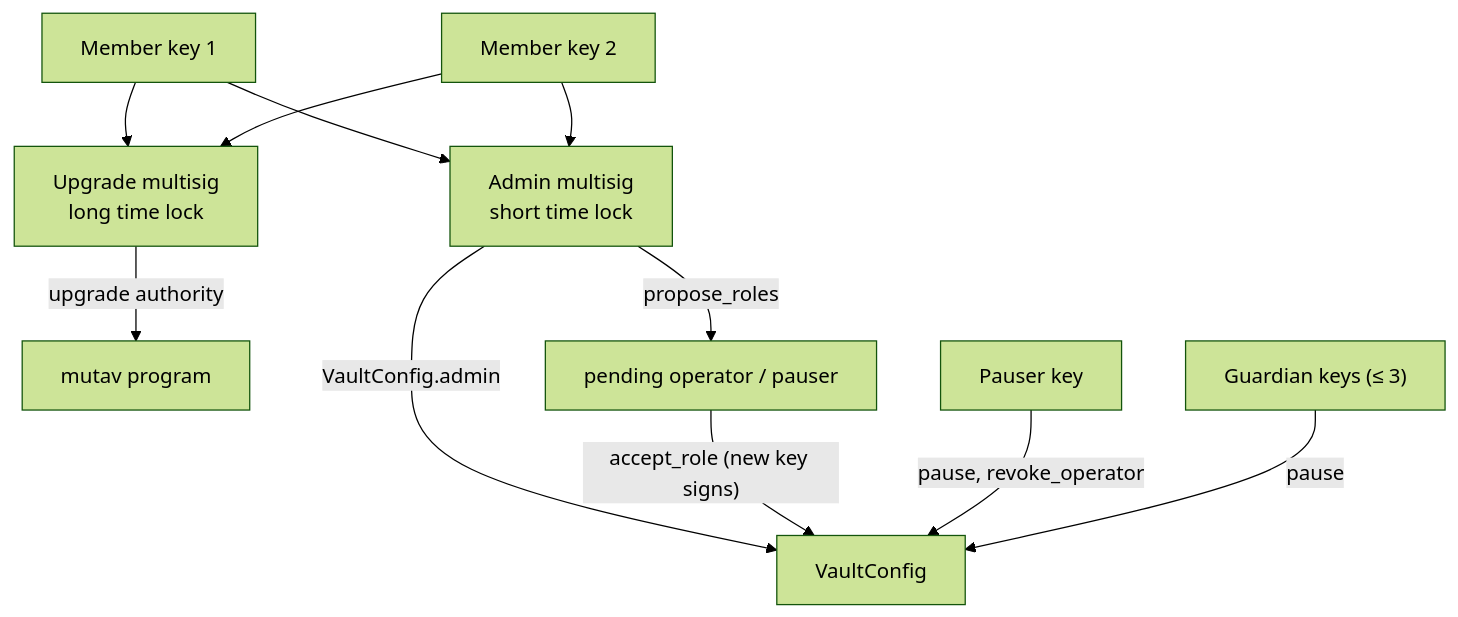
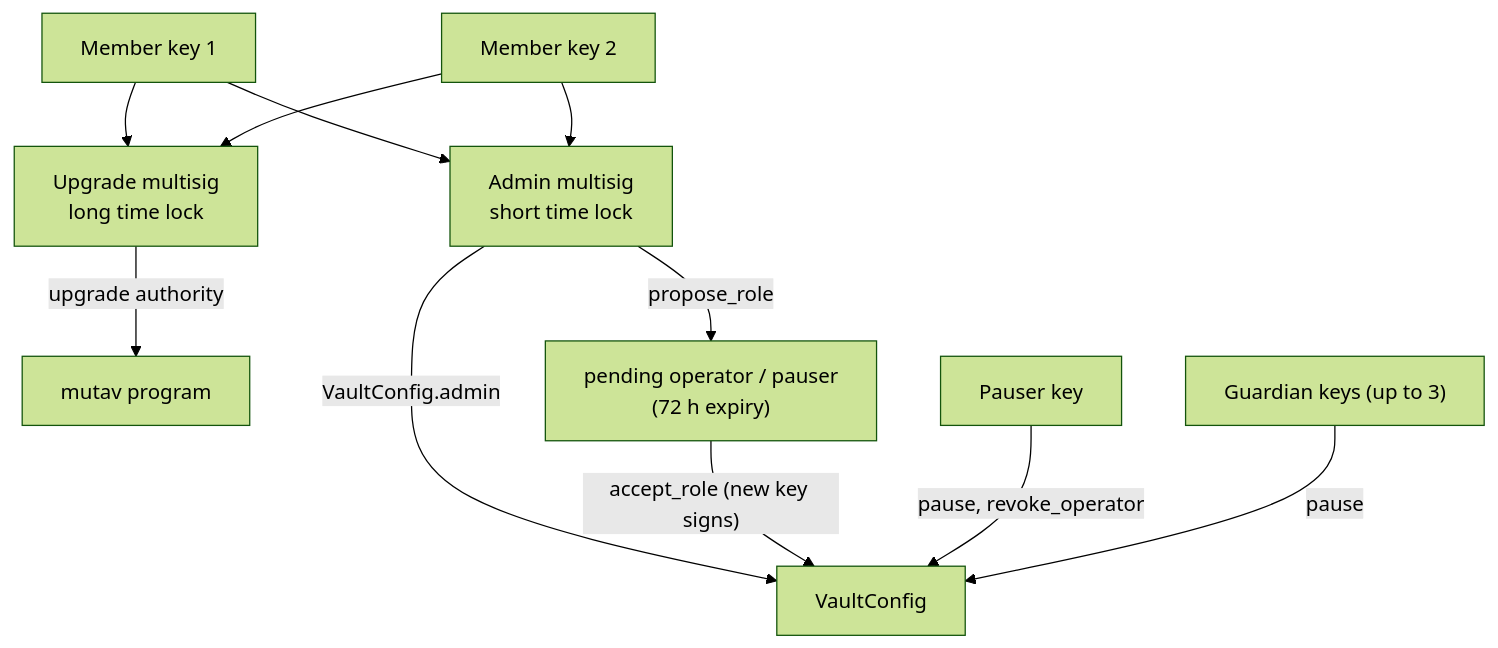
One commit to mutav-finance/mutav-protocol-solana changed the diagram in docs/security/governance-and-keys.md. Above: the diagram before and after it, drawn with Mermaid (forest theme). The commit also changed other lines of this file and 41 other files, not shown here.

````diff
--- a/docs/security/governance-and-keys.md
+++ b/docs/security/governance-and-keys.md
@@ -46,11 +46,11 @@
 ```mermaid
 flowchart TB
     M1["Member key 1"] & M2["Member key 2"] --> AM["Admin multisig<br/>short time lock"]
     M1 & M2 --> UM["Upgrade multisig<br/>long time lock"]
     AM -->|"VaultConfig.admin"| CFG["VaultConfig"]
     UM -->|"upgrade authority"| PRG["mutav program"]
-    AM -->|"propose_roles"| PEND["pending operator / pauser"]
+    AM -->|"propose_role"| PEND["pending operator / pauser<br/>(72 h expiry)"]
     PEND -->|"accept_role (new key signs)"| CFG
     PK["Pauser key"] -->|"pause, revoke_operator"| CFG
-    GK["Guardian keys (≤ 3)"] -->|"pause"| CFG
+    GK["Guardian keys (up to 3)"] -->|"pause"| CFG
 ```
````
